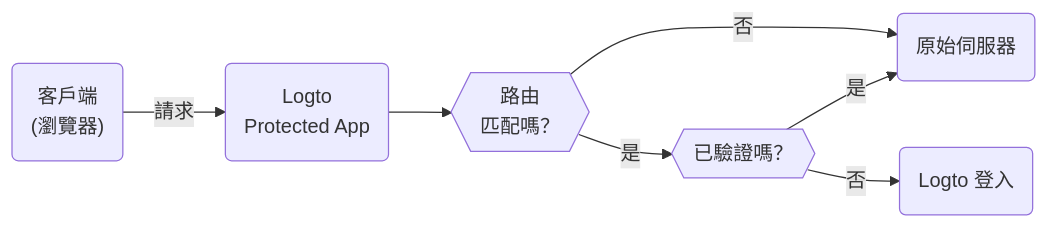
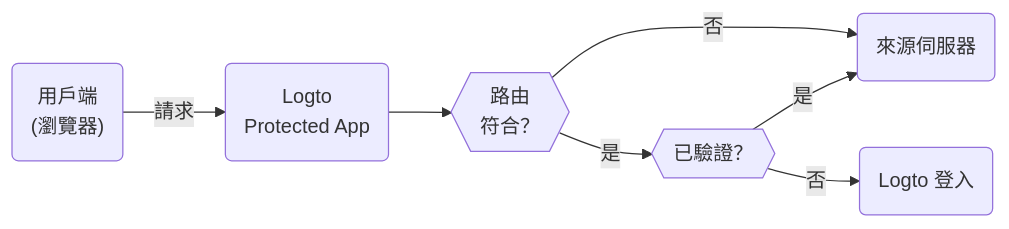
Before and after one commit to logto-io/docs: the diagram in i18n/zh-TW/docusaurus-plugin-content-docs/current/integrate-logto/protected-app.mdx, drawn with Mermaid. The commit also changed other lines of this file and 53 other files, not shown here.

````diff
--- a/i18n/zh-TW/docusaurus-plugin-content-docs/current/integrate-logto/protected-app.mdx
+++ b/i18n/zh-TW/docusaurus-plugin-content-docs/current/integrate-logto/protected-app.mdx
@@ -19,9 +19,9 @@
 ```mermaid
 graph LR
-  A("客戶端<br/>(瀏覽器)") -->|請求| B(Logto<br/>Protected App)
-  B --> Condition{{路由<br/>匹配嗎？}}
-  Condition -->|是| Matched{{已驗證嗎？}}
-  Matched -->|是| C(原始伺服器)
+  A("用戶端<br/>(瀏覽器)") -->|請求| B(Logto<br/>Protected App)
+  B --> Condition{{路由<br/>符合？}}
+  Condition -->|是| Matched{{已驗證？}}
+  Matched -->|是| C(來源伺服器)
   Matched -->|否| D(Logto 登入)
   Condition -->|否| C
 ```
````
